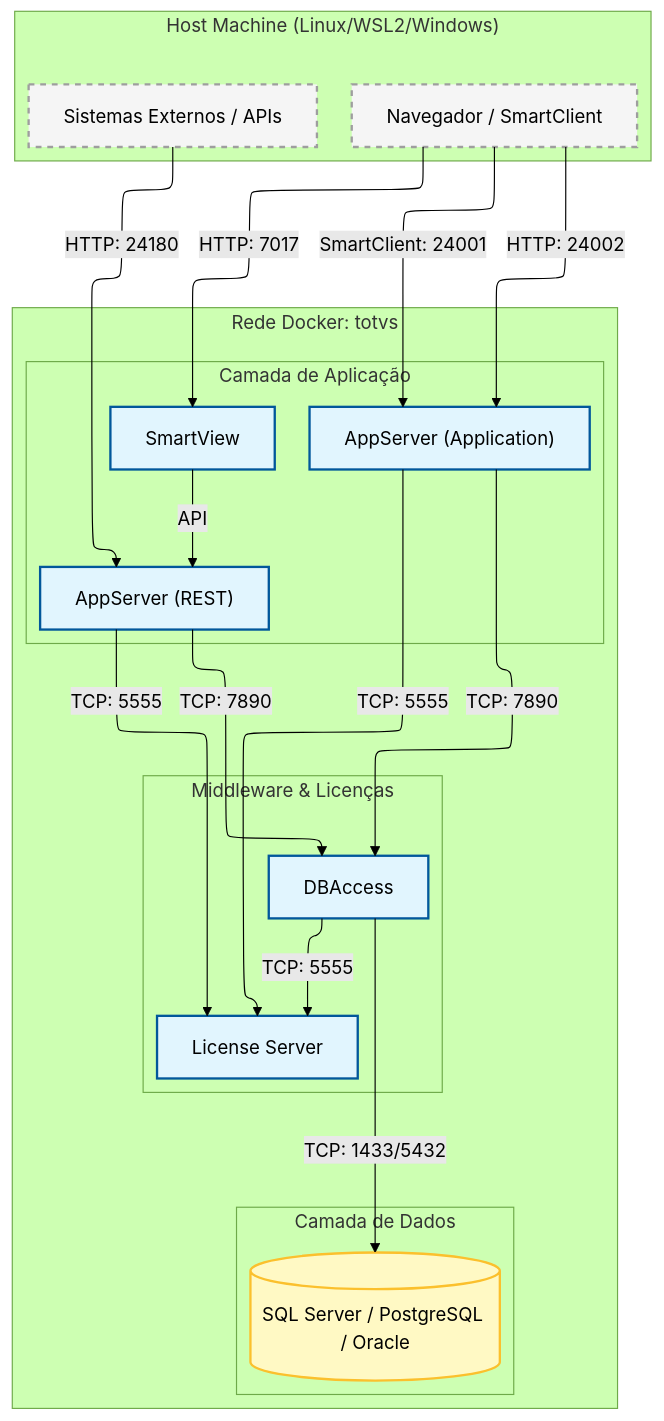
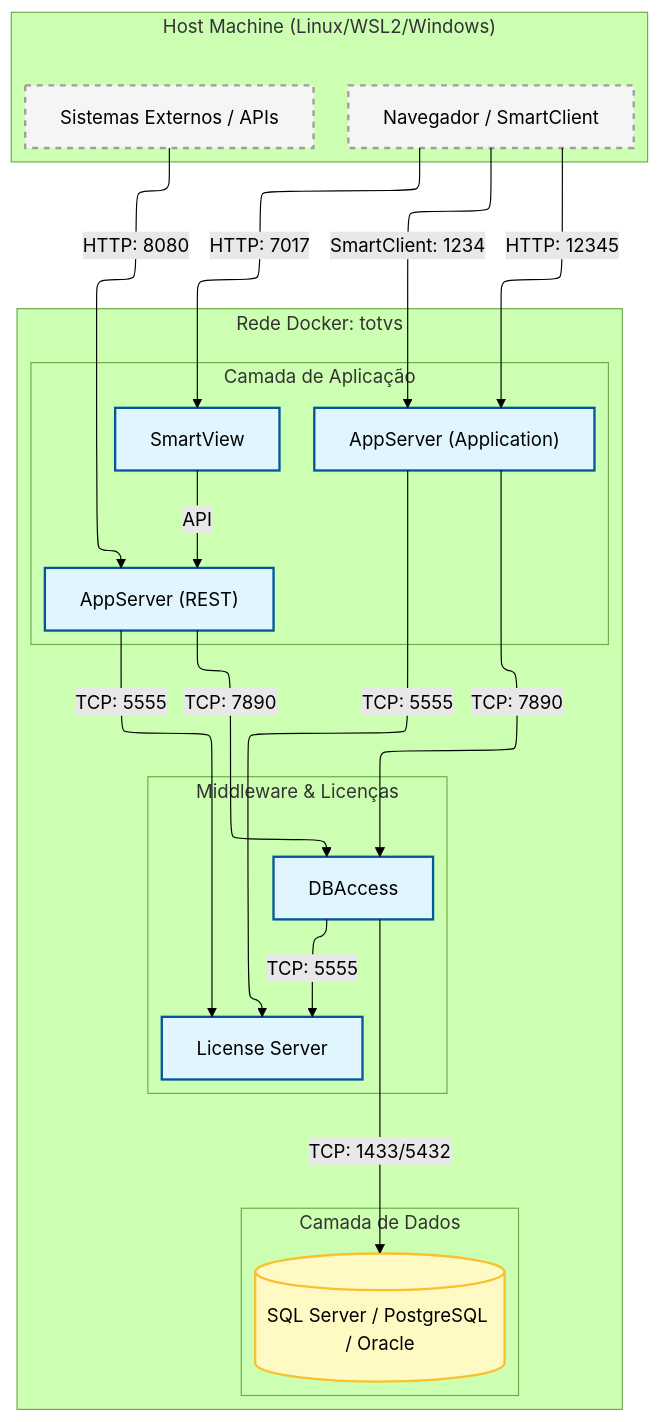
One commit to juliansantosinfo/TOTVS-Protheus-in-Docker changed the diagram in README.md. Above: the diagram before and after it, drawn with Mermaid (forest theme). The commit also changed other lines of this file and 11 other files, not shown here.

````diff
--- a/README.md
+++ b/README.md
@@ -48,51 +48,51 @@
 ```mermaid
 ---
 config:
   layout: elk
 ---
 flowchart TB
  subgraph Host["Host Machine (Linux/WSL2/Windows)"]
         Browser["Navegador / SmartClient"]
         ExternalAPI["Sistemas Externos / APIs"]
   end
  subgraph Databases["Camada de Dados"]
         DB[("SQL Server / PostgreSQL / Oracle")]
   end
  subgraph Middleware["Middleware & Licenças"]
         DBA["DBAccess"]
         LIC["License Server"]
   end
  subgraph Application["Camada de Aplicação"]
         APP["AppServer (Application)"]
         REST["AppServer (REST)"]
         SmartView["SmartView"]
   end
  subgraph DockerNetwork["Rede Docker: totvs"]
         Databases
         Middleware
         Application
   end
-    Browser -- HTTP: 24002 --> APP
-    Browser -- SmartClient: 24001 --> APP
+    Browser -- HTTP: 12345 --> APP
+    Browser -- SmartClient: 1234 --> APP
     Browser -- HTTP: 7017 --> SmartView
-    ExternalAPI -- HTTP: 24180 --> REST
+    ExternalAPI -- HTTP: 8080 --> REST
     APP -- TCP: 7890 --> DBA
     REST -- TCP: 7890 --> DBA
     SmartView -- API --> REST
     APP -- TCP: 5555 --> LIC
     REST -- TCP: 5555 --> LIC
     DBA -- TCP: 5555 --> LIC
     DBA -- TCP: 1433/5432 --> DB
 
      Browser:::host
      ExternalAPI:::host
      DB:::db
      DBA:::container
      LIC:::container
      APP:::container
      REST:::container
      SmartView:::container
     classDef container fill:#e1f5fe,stroke:#01579b,stroke-width:2px
     classDef db fill:#fff9c4,stroke:#fbc02d,stroke-width:2px
     classDef host fill:#f5f5f5,stroke:#9e9e9e,stroke-width:2px,stroke-dasharray: 5 5
 ```
````
